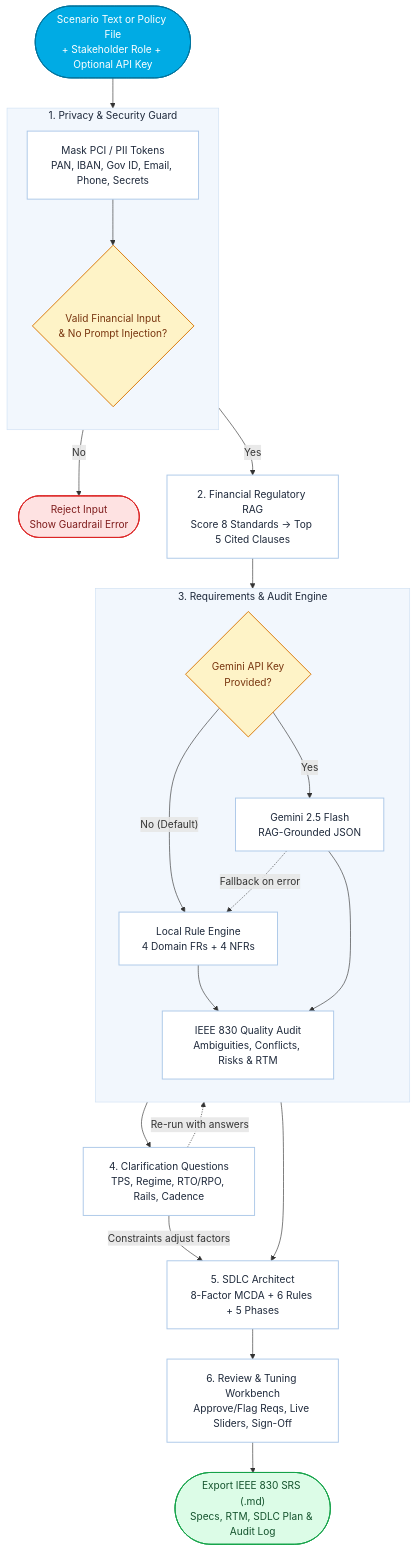
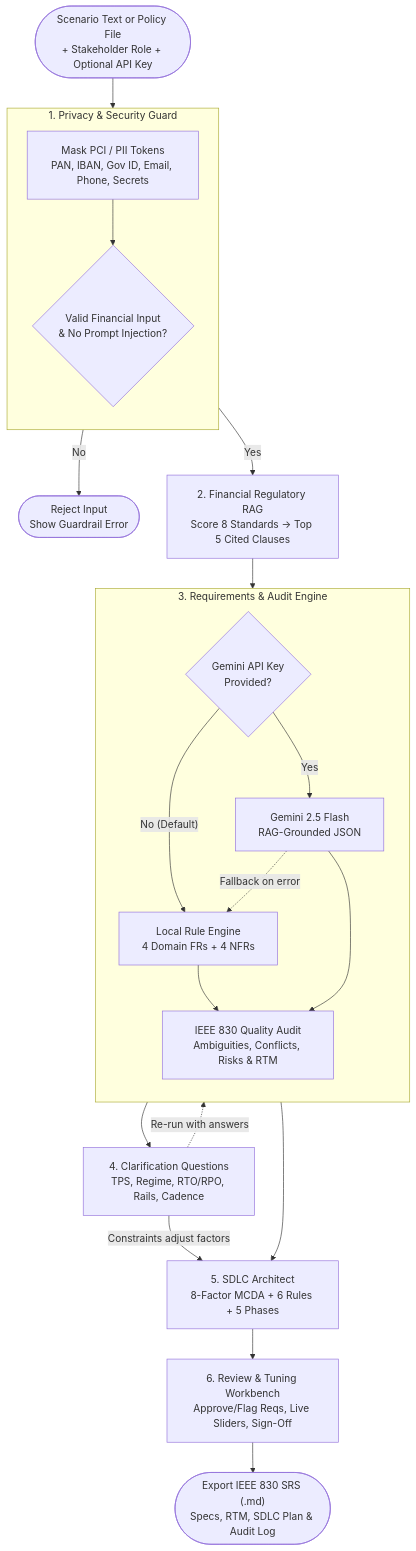
Before and after one commit to shivamkumar87/finreq-ai: the diagram in README.md, drawn with Mermaid. The commit also changed 1 other file, not shown here.

Commit message:
docs: remove custom colors from Mermaid flowcharts

````diff
--- a/README.md
+++ b/README.md
@@ -20,57 +20,42 @@
 ```mermaid
 %%{init: {'flowchart': {'rankSpacing': 48, 'nodeSpacing': 44, 'padding': 18, 'curve': 'basis'}}}%%
 flowchart TD
     Start(["Scenario Text or Policy File<br/>+ Stakeholder Role + Optional API Key"])
 
     subgraph Gate["1. Privacy & Security Guard"]
         direction TB
         Mask["Mask PCI / PII Tokens<br/>PAN, IBAN, Gov ID, Email, Phone, Secrets"]
         Valid{"Valid Financial Input<br/>& No Prompt Injection?"}
         Mask --> Valid
     end
 
     Reject(["Reject Input<br/>Show Guardrail Error"])
     RAG["2. Financial Regulatory RAG<br/>Score 8 Standards -> Top 5 Cited Clauses"]
 
     subgraph Engine["3. Requirements & Audit Engine"]
         direction TB
         Mode{"Gemini API Key<br/>Provided?"}
         Local["Local Rule Engine<br/>4 Domain FRs + 4 NFRs"]
         Gemini["Gemini 2.5 Flash<br/>RAG-Grounded JSON"]
         Audit["IEEE 830 Quality Audit<br/>Ambiguities, Conflicts, Risks & RTM"]
         Mode -->|"No (Default)"| Local
         Mode -->|"Yes"| Gemini
         Gemini -.->|"Fallback on error"| Local
         Local --> Audit
         Gemini --> Audit
     end
 
     Clarify["4. Clarification Questions<br/>TPS, Regime, RTO/RPO, Rails, Cadence"]
     SDLC["5. SDLC Architect<br/>8-Factor MCDA + 6 Rules + 5 Phases"]
     Review["6. Review & Tuning Workbench<br/>Approve/Flag Reqs, Live Sliders, Sign-Off"]
     Export(["Export IEEE 830 SRS (.md)<br/>Specs, RTM, SDLC Plan & Audit Log"])
 
     Start --> Mask
     Valid -->|"No"| Reject
     Valid -->|"Yes"| RAG --> Mode
     Audit --> Clarify
     Audit --> SDLC
     Clarify -->|"Constraints adjust factors"| SDLC
     Clarify -.->|"Re-run with answers"| Mode
     SDLC --> Review --> Export
-
-    classDef io fill:#00ABE4,stroke:#00749E,color:#FFFFFF,stroke-width:1.5px;
-    classDef step fill:#FFFFFF,stroke:#ACC8E8,color:#1E293B,stroke-width:1.5px;
-    classDef gate fill:#FEF3C7,stroke:#D97706,color:#78350F,stroke-width:1.5px;
-    classDef danger fill:#FEE2E2,stroke:#DC2626,color:#7F1D1D,stroke-width:1.5px;
-    classDef done fill:#DCFCE7,stroke:#16A34A,color:#14532D,stroke-width:1.5px;
-
-    class Start io;
-    class Mask,RAG,Local,Gemini,Audit,Clarify,SDLC,Review step;
-    class Valid,Mode gate;
-    class Reject danger;
-    class Export done;
-
-    style Gate fill:#F2F7FD,stroke:#CFE0F3,color:#1E293B
-    style Engine fill:#F2F7FD,stroke:#CFE0F3,color:#1E293B
 ```
````
